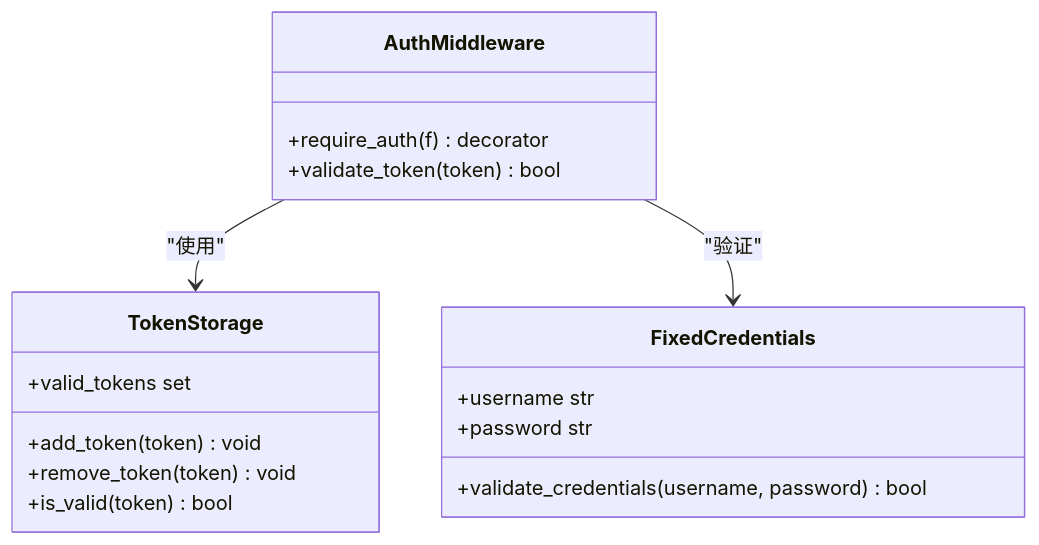
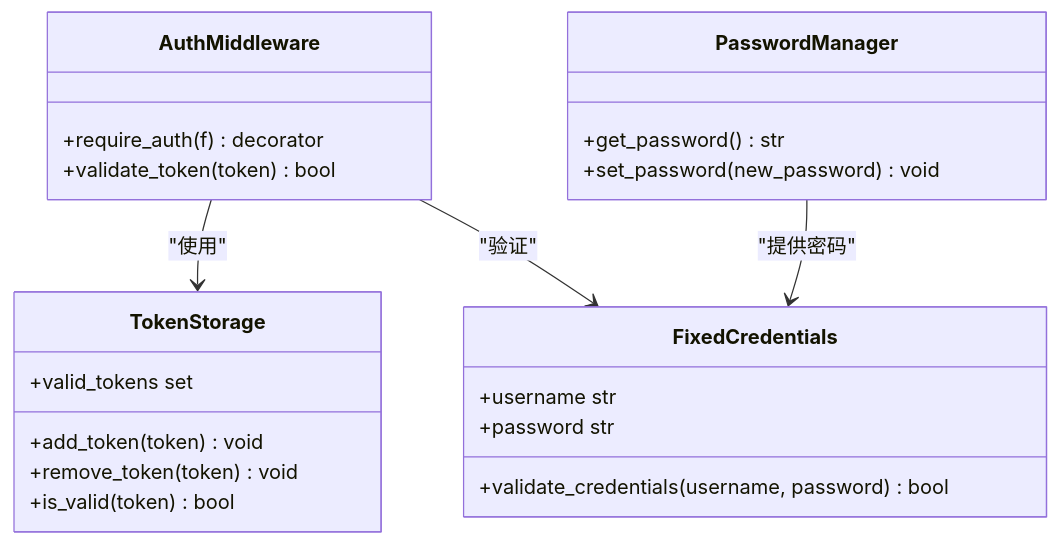
The ninth of 21 diagrams in .qoder/repowiki/zh/content/核心功能实现/核心功能实现.md (louyinmin/recorded), drawn with Mermaid before and after one commit. The commit also changed other lines of this file and 6 other files, not shown here.

````diff
--- a/.qoder/repowiki/zh/content/核心功能实现/核心功能实现.md
+++ b/.qoder/repowiki/zh/content/核心功能实现/核心功能实现.md
@@ -299,20 +328,25 @@
 ```mermaid
 classDiagram
 class AuthMiddleware {
 +require_auth(f) decorator
 +validate_token(token) bool
 }
 class TokenStorage {
 +valid_tokens set
 +add_token(token) void
 +remove_token(token) void
 +is_valid(token) bool
 }
 class FixedCredentials {
 +username str
 +password str
 +validate_credentials(username, password) bool
 }
+class PasswordManager {
++get_password() str
++set_password(new_password) void
+}
 AuthMiddleware --> TokenStorage : "使用"
 AuthMiddleware --> FixedCredentials : "验证"
+PasswordManager --> FixedCredentials : "提供密码"
 ```
````
